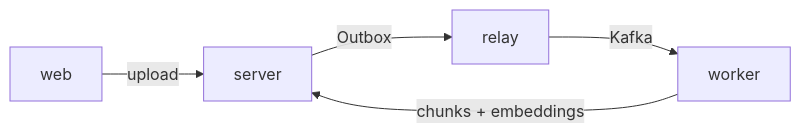
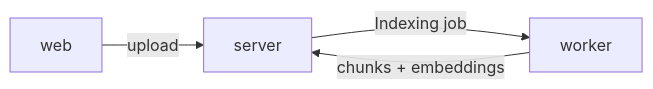
Before and after one commit to mash-up-kr/spr1n6-osscontest-server: the diagram in README.en.md, drawn with Mermaid. The commit also changed other lines of this file and 7 other files, not shown here.

Commit message:
docs: relay·Kafka 언급을 걷어내고 스키마 문서를 DB Job 큐 기준으로 갱신

````diff
--- a/README.en.md
+++ b/README.en.md
@@ -33,7 +33,6 @@
 ```mermaid
 flowchart LR
     web[web] -->|upload| server[server]
-    server -->|Outbox| relay[relay]
-    relay -->|Kafka| worker[worker]
+    server -->|Indexing job| worker[worker]
     worker -->|chunks + embeddings| server
 ```
````
